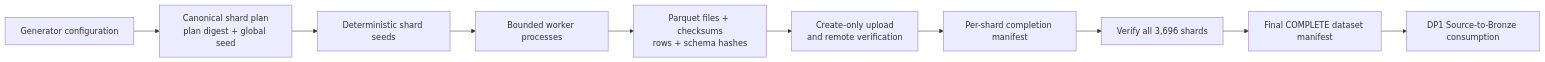
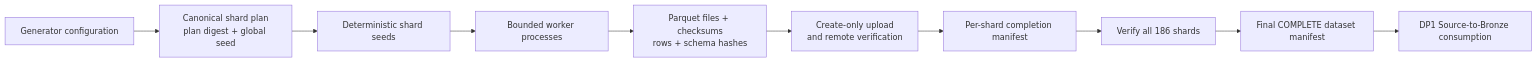
One commit to HuyyGiaa/ewallet-data-ai-platform changed the diagram in docs/edai1/novel_ideas/01_DETERMINISTIC_SHARDING.md. Above: the diagram before and after it, drawn with Mermaid. The commit also changed other lines of this file and 51 other files, not shown here.

````diff
--- a/docs/edai1/novel_ideas/01_DETERMINISTIC_SHARDING.md
+++ b/docs/edai1/novel_ideas/01_DETERMINISTIC_SHARDING.md
@@ -35,12 +35,12 @@
 ```mermaid
 flowchart LR
     C[Generator configuration] --> P[Canonical shard plan\nplan digest + global seed]
     P --> S[Deterministic shard seeds]
     S --> W[Bounded worker processes]
     W --> F[Parquet files + checksums\nrows + schema hashes]
     F --> U[Create-only upload\nand remote verification]
     U --> M[Per-shard completion manifest]
-    M --> V[Verify all 3,696 shards]
+    M --> V[Verify all 186 shards]
     V --> D[Final COMPLETE dataset manifest]
     D --> B[DP1 Source-to-Bronze consumption]
 ```
````
